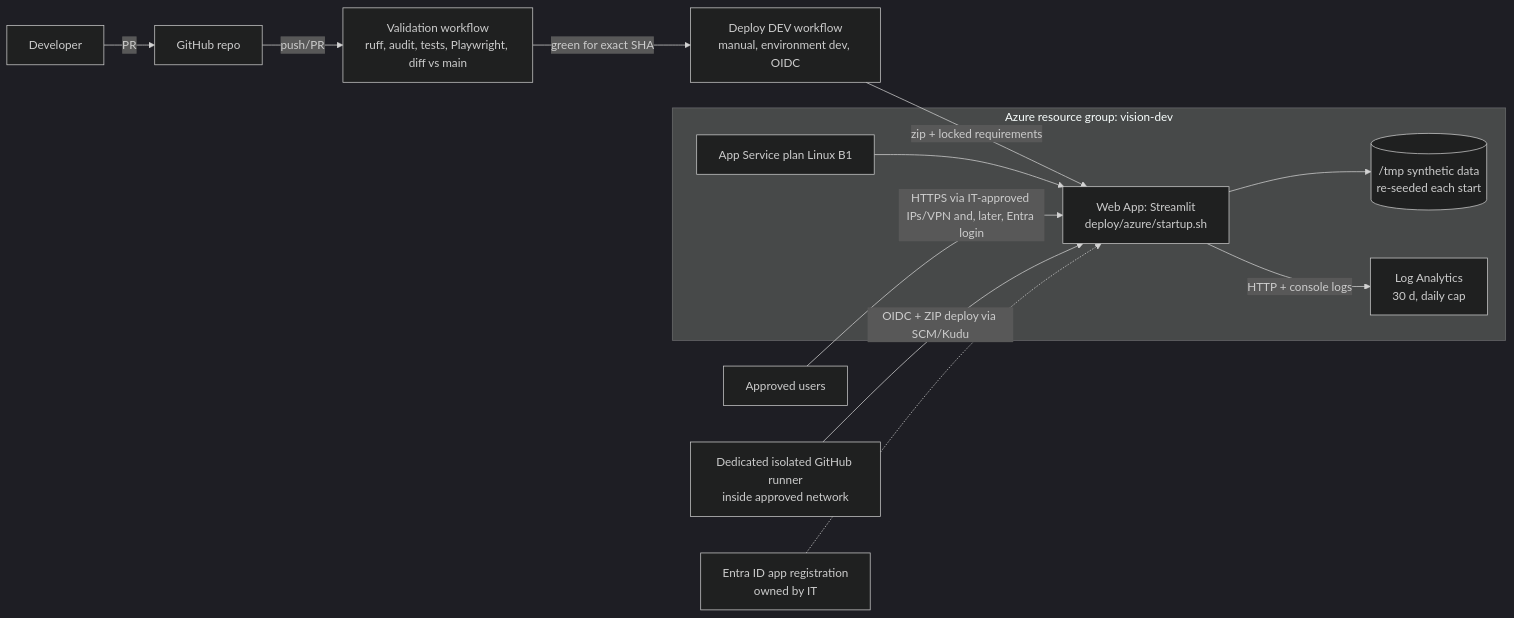
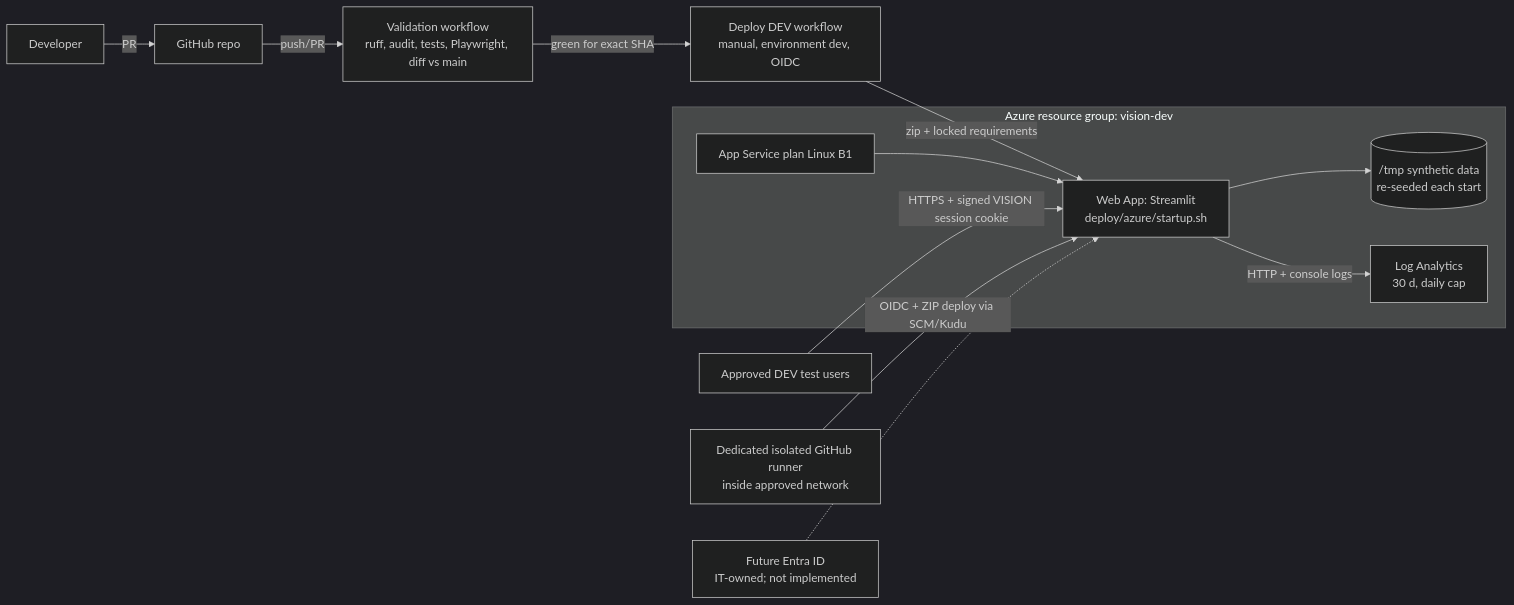
The diagram in docs/azure_dev_deployment.md (MarianoStill/VISION), drawn with Mermaid (dark theme) before and after one commit. The commit also changed other lines of this file and 19 other files, not shown here.

````diff
--- a/docs/azure_dev_deployment.md
+++ b/docs/azure_dev_deployment.md
@@ -10,15 +9,15 @@
 ```mermaid
 flowchart LR
   dev[Developer] -->|PR| gh[GitHub repo]
   gh -->|push/PR| val[Validation workflow<br/>ruff, audit, tests, Playwright, diff vs main]
   val -->|green for exact SHA| dep[Deploy DEV workflow<br/>manual, environment dev, OIDC]
   dep -->|zip + locked requirements| app
   subgraph rg[Azure resource group: vision-dev]
     plan[App Service plan Linux B1] --> app[Web App: Streamlit<br/>deploy/azure/startup.sh]
     app --> tmp[(/tmp synthetic data<br/>re-seeded each start)]
     app -->|HTTP + console logs| law[Log Analytics<br/>30 d, daily cap]
   end
-  user[Approved users] -->|HTTPS via IT-approved IPs/VPN and, later, Entra login| app
+  user[Approved DEV test users] -->|HTTPS + signed VISION session cookie| app
   runner[Dedicated isolated GitHub runner<br/>inside approved network] -->|OIDC + ZIP deploy via SCM/Kudu| app
-  entra[Entra ID app registration<br/>owned by IT] -.-> app
+  entra[Future Entra ID<br/>IT-owned; not implemented] -.-> app
 ```
````
